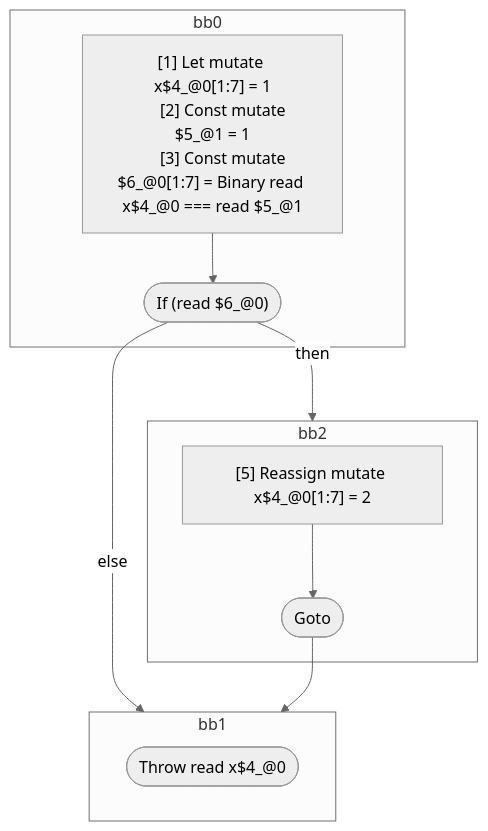
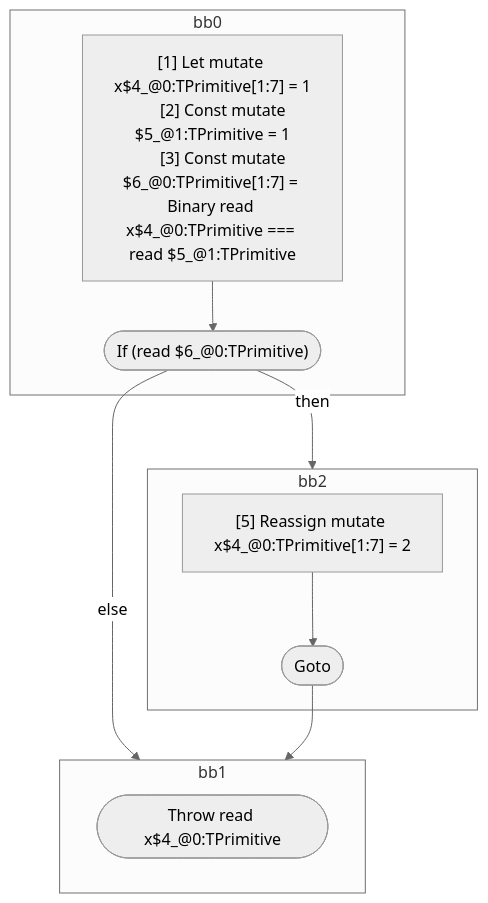
One commit to wutsmog/private changed the diagram in compiler/forget/src/__tests__/fixtures/hir/ssa-throw.expect.md. Above: the diagram before and after it, drawn with Mermaid (neutral theme). The commit also changed other lines of this file and 112 other files, not shown here.

````diff
--- a/compiler/forget/src/__tests__/fixtures/hir/ssa-throw.expect.md
+++ b/compiler/forget/src/__tests__/fixtures/hir/ssa-throw.expect.md
@@ -53,27 +53,27 @@
 ```mermaid
 flowchart TB
   %% Basic Blocks
   subgraph bb0
     bb0_instrs["
-      [1] Let mutate x$4_@0[1:7] = 1
-      [2] Const mutate $5_@1 = 1
-      [3] Const mutate $6_@0[1:7] = Binary read x$4_@0 === read $5_@1
+      [1] Let mutate x$4_@0:TPrimitive[1:7] = 1
+      [2] Const mutate $5_@1:TPrimitive = 1
+      [3] Const mutate $6_@0:TPrimitive[1:7] = Binary read x$4_@0:TPrimitive === read $5_@1:TPrimitive
     "]
-    bb0_instrs --> bb0_terminal(["If (read $6_@0)"])
+    bb0_instrs --> bb0_terminal(["If (read $6_@0:TPrimitive)"])
   end
   subgraph bb2
     bb2_instrs["
-      [5] Reassign mutate x$4_@0[1:7] = 2
+      [5] Reassign mutate x$4_@0:TPrimitive[1:7] = 2
     "]
     bb2_instrs --> bb2_terminal(["Goto"])
   end
   subgraph bb1
-    bb1_terminal(["Throw read x$4_@0"])
+    bb1_terminal(["Throw read x$4_@0:TPrimitive"])
   end
 
   %% Jumps
   bb0_terminal -- "then" --> bb2
   bb0_terminal -- "else" --> bb1
   bb2_terminal --> bb1
 
 ```
````
